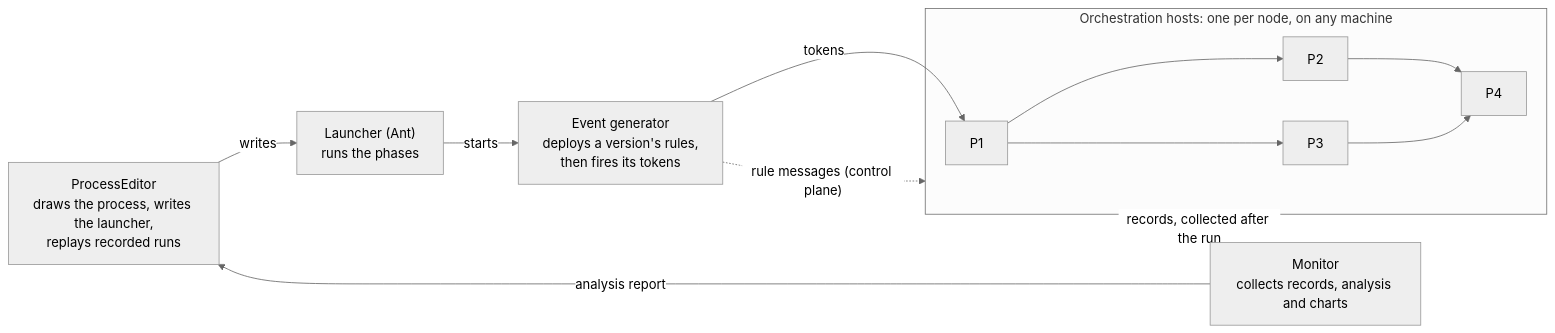
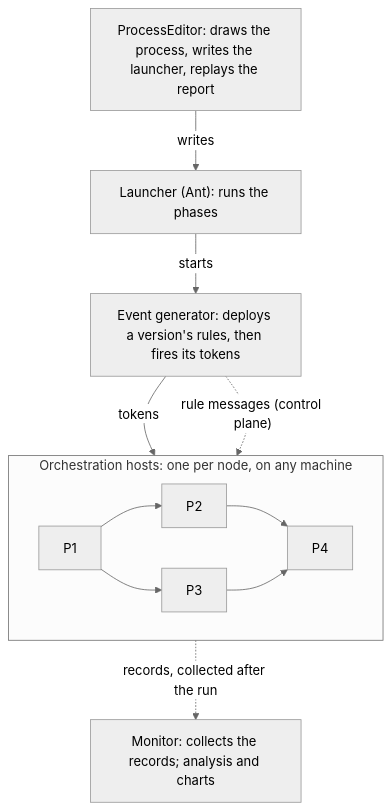
One commit to AlexanderAdelAU/Rule-Propagated-Service-Orchestration changed the first of 3 diagrams in Architecture.md. Above: the diagram before and after it, drawn with Mermaid (neutral theme).

Commit message:
Architecture.md: run-overview diagram top to bottom, so GitHub draws it legibly
Claude-Session: https://claude.ai/code/session_01MVTiJmVTo6whUToqMfkWLi

````diff
--- a/Architecture.md
+++ b/Architecture.md
@@ -33,16 +33,16 @@
 ```mermaid
-flowchart LR
-    ED["ProcessEditor<br/>draws the process, writes the launcher,<br/>replays recorded runs"]
-    L["Launcher (Ant)<br/>runs the phases"]
-    G["Event generator<br/>deploys a version's rules,<br/>then fires its tokens"]
+flowchart TB
+    ED["ProcessEditor: draws the process, writes the launcher, replays the report"]
+    L["Launcher (Ant): runs the phases"]
+    G["Event generator: deploys a version's rules, then fires its tokens"]
     subgraph Hosts["Orchestration hosts: one per node, on any machine"]
+        direction LR
         P1["P1"] --> P2["P2"] & P3["P3"]
         P2 & P3 --> P4["P4"]
     end
-    M["Monitor<br/>collects records, analysis and charts"]
+    M["Monitor: collects the records; analysis and charts"]
     ED -- "writes" --> L -- "starts" --> G
     G -. "rule messages (control plane)" .-> Hosts
     G -- "tokens" --> P1
     Hosts -. "records, collected after the run" .-> M
-    M -- "analysis report" --> ED
 ```
````
